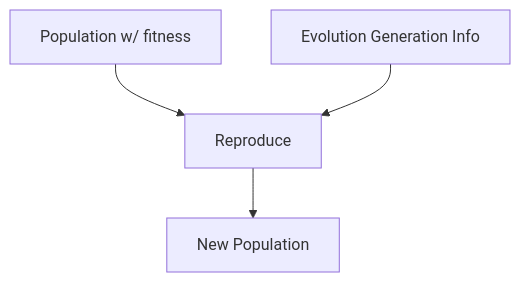
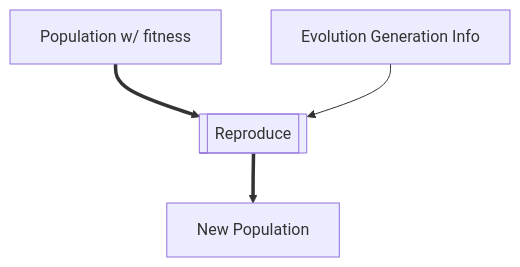
Diagram 13 of 22 in docs/sphinx/source/architecture/index.rst (evolvablehardware/BitstreamEvolution), drawn with Mermaid before and after one commit. The commit also changed other lines of this file and 5 other files, not shown here.

Commit message:
updated the Architectural description to finally translate it off of the images of slides.

```diff
--- a/docs/sphinx/source/architecture/index.rst
+++ b/docs/sphinx/source/architecture/index.rst
@@ -230,11 +335,11 @@
 .. mermaid::
 
    flowchart TD
        popfit["Population w/ fitness"]
        geninfo["Evolution Generation Info"]
-       reprod["Reproduce"]
+       reprod[["Reproduce"]]
        newpop["New Population"]
 
-       popfit --> reprod
+       popfit ==> reprod
        geninfo --> reprod
-       reprod --> newpop
+       reprod ==> newpop
```
